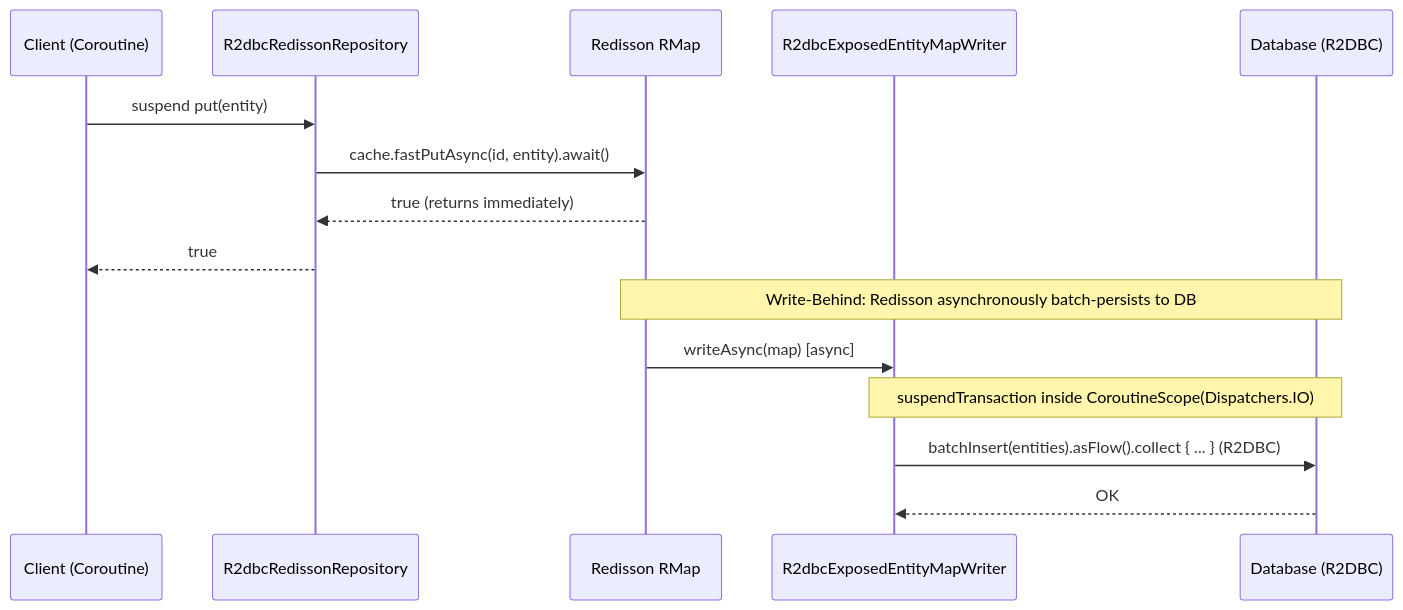
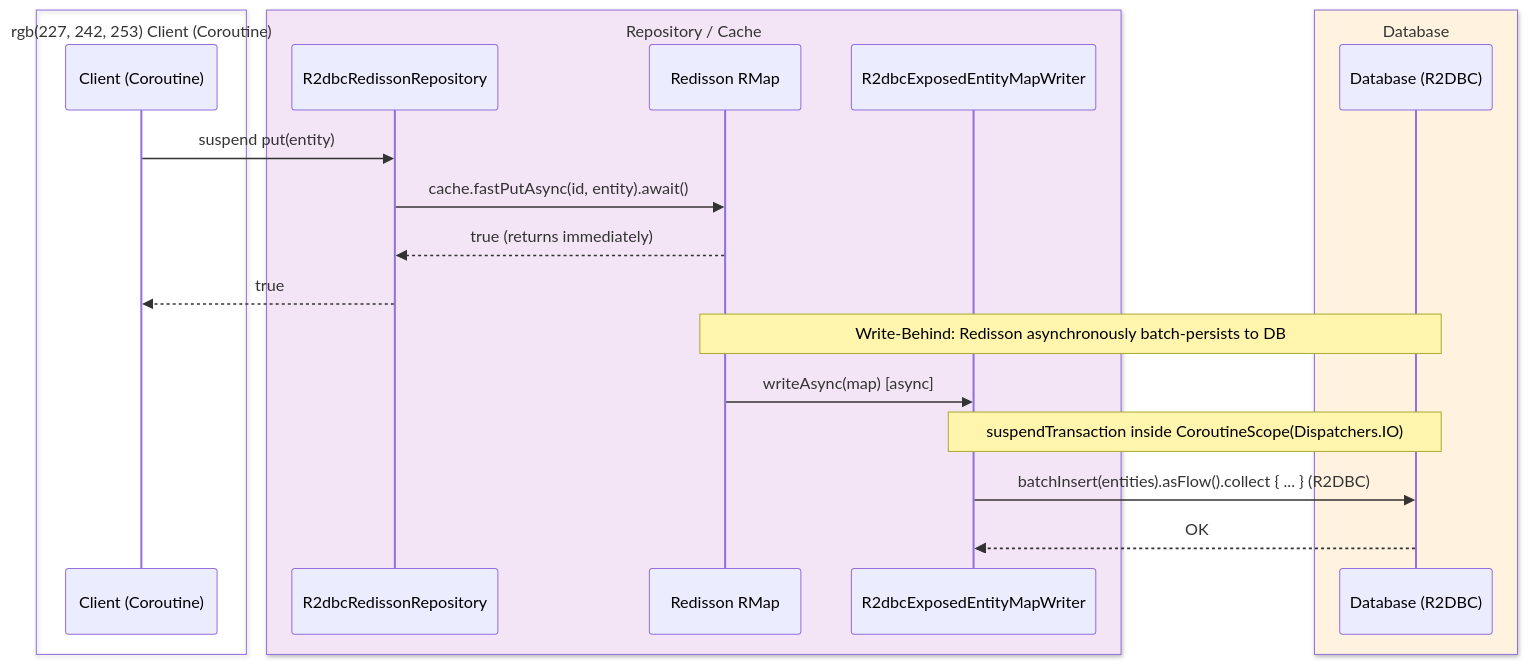
The fifth of 5 diagrams in data/exposed-r2dbc-redisson/README.md (bluetape4k/bluetape4k-projects), drawn with Mermaid before and after one commit. The commit also changed other lines of this file and 221 other files, not shown here.

First line of the commit message:
docs: 전체 모듈 README UML 다이어그램 보강 및 색상 업그레이드

````diff
--- a/data/exposed-r2dbc-redisson/README.md
+++ b/data/exposed-r2dbc-redisson/README.md
@@ -288,17 +311,24 @@
 ```mermaid
 sequenceDiagram
-    participant Client as Client (Coroutine)
-    participant Repo as R2dbcRedissonRepository
-    participant RMap as Redisson RMap
-    participant Writer as R2dbcExposedEntityMapWriter
-    participant DB as Database (R2DBC)
+    box rgb(227, 242, 253) Client (Coroutine)
+        participant Client as Client (Coroutine)
+    end
+    box rgb(243, 229, 245) Repository / Cache
+        participant Repo as R2dbcRedissonRepository
+        participant RMap as Redisson RMap
+        participant Writer as R2dbcExposedEntityMapWriter
+    end
+    box rgb(255, 243, 224) Database
+        participant DB as Database (R2DBC)
+    end
+
     Client ->> Repo: suspend put(entity)
     Repo ->> RMap: cache.fastPutAsync(id, entity).await()
     RMap -->> Repo: true (returns immediately)
     Repo -->> Client: true
     Note over RMap, DB: Write-Behind: Redisson asynchronously batch-persists to DB
     RMap ->> Writer: writeAsync(map) [async]
     Note over Writer, DB: suspendTransaction inside CoroutineScope(Dispatchers.IO)
     Writer ->> DB: batchInsert(entities).asFlow().collect { ... } (R2DBC)
     DB -->> Writer: OK
 ```
````
